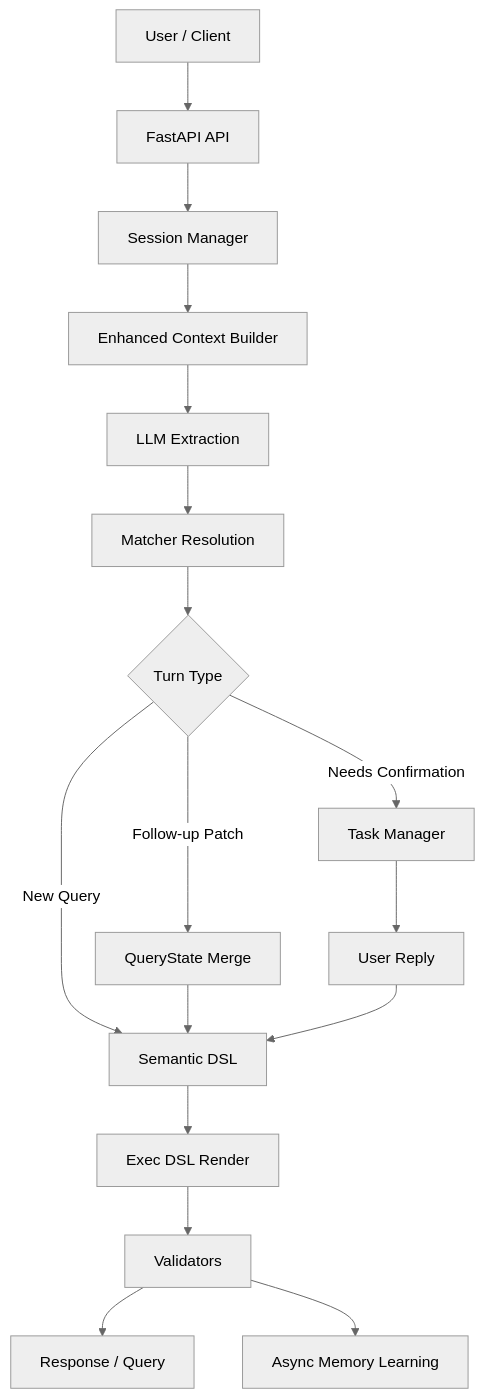
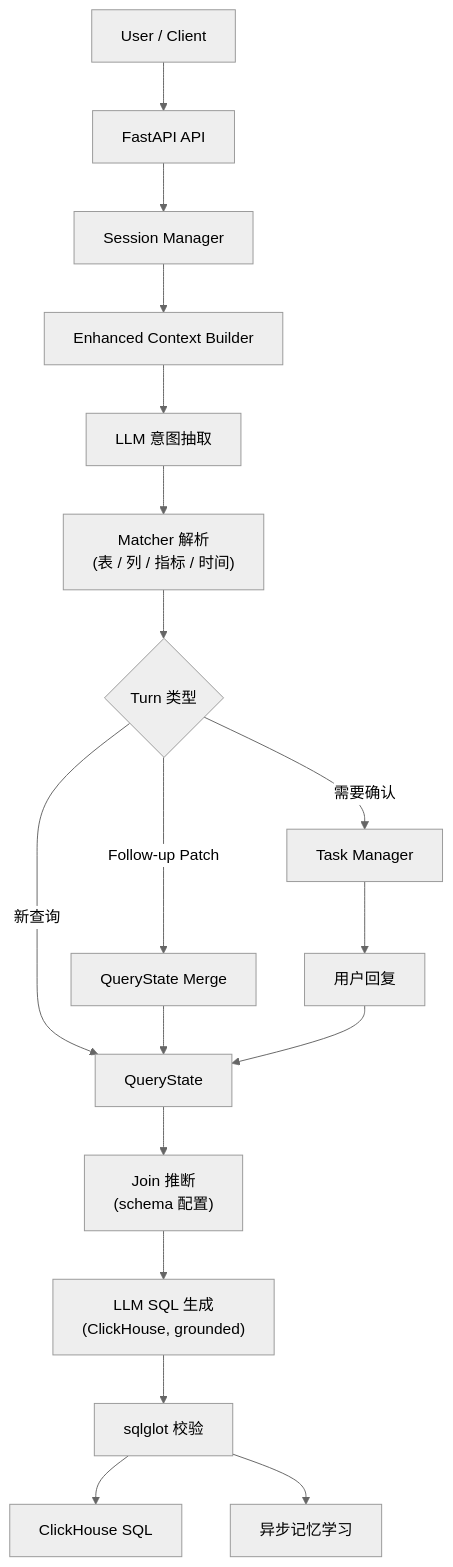
One commit to frankzh0330/query-agent changed the diagram in docs/README.zh-CN.md. Above: the diagram before and after it, drawn with Mermaid (neutral theme). The commit also changed other lines of this file and 82 other files, not shown here.

````diff
--- a/docs/README.zh-CN.md
+++ b/docs/README.zh-CN.md
@@ -199,19 +161,20 @@
 ```mermaid
 flowchart TD
     User["User / Client"] --> API["FastAPI API"]
     API --> Session["Session Manager"]
     Session --> Context["Enhanced Context Builder"]
-    Context --> LLM["LLM Extraction"]
-    LLM --> Match["Matcher Resolution"]
-    Match --> Turn{"Turn Type"}
-    Turn -->|New Query| DSL["Semantic DSL"]
+    Context --> L1["LLM 意图抽取"]
+    L1 --> Match["Matcher 解析<br/>(表 / 列 / 指标 / 时间)"]
+    Match --> Turn{"Turn 类型"}
+    Turn -->|新查询| State["QueryState"]
     Turn -->|Follow-up Patch| Merge["QueryState Merge"]
-    Merge --> DSL
-    Turn -->|Needs Confirmation| Task["Task Manager"]
-    Task --> Confirm["User Reply"]
-    Confirm --> DSL
-    DSL --> Render["Exec DSL Render"]
-    Render --> Validate["Validators"]
-    Validate --> Response["Response / Query"]
-    Validate --> Memory["Async Memory Learning"]
+    Merge --> State
+    Turn -->|需要确认| Task["Task Manager"]
+    Task --> Confirm["用户回复"]
+    Confirm --> State
+    State --> Join["Join 推断<br/>(schema 配置)"]
+    Join --> Gen["LLM SQL 生成<br/>(ClickHouse, grounded)"]
+    Gen --> Validate["sqlglot 校验"]
+    Validate --> Response["ClickHouse SQL"]
+    Validate --> Memory["异步记忆学习"]
 ```
````
